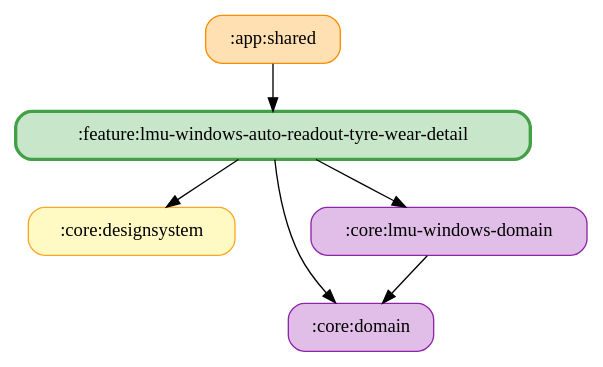
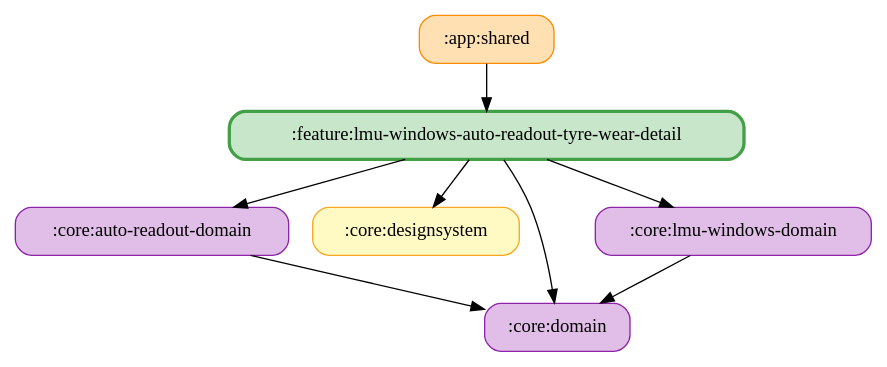
The diagram in docs/graphs/feature-lmu-windows-auto-readout-tyre-wear-detail.gv (ai-kurou/KoDriver), drawn with Graphviz before and after one commit. The commit also changed 48 other files, not shown here.

Commit message:
chore: update module graph images

```diff
--- a/docs/graphs/feature-lmu-windows-auto-readout-tyre-wear-detail.gv
+++ b/docs/graphs/feature-lmu-windows-auto-readout-tyre-wear-detail.gv
@@ -1,14 +1,17 @@
 digraph G {
   rankdir=TB
   node [shape=box, style="rounded,filled"]
   ":app:shared" [fillcolor="#FFE0B2", color="#FB8C00", penwidth=1]
+  ":core:auto-readout-domain" [fillcolor="#E1BEE7", color="#8E24AA", penwidth=1]
   ":core:designsystem" [fillcolor="#FFF9C4", color="#F9A825", penwidth=1]
   ":core:domain" [fillcolor="#E1BEE7", color="#8E24AA", penwidth=1]
   ":core:lmu-windows-domain" [fillcolor="#E1BEE7", color="#8E24AA", penwidth=1]
   ":feature:lmu-windows-auto-readout-tyre-wear-detail" [fillcolor="#C8E6C9", color="#43A047", penwidth=2.5]
   ":app:shared" -> ":feature:lmu-windows-auto-readout-tyre-wear-detail"
+  ":core:auto-readout-domain" -> ":core:domain"
   ":core:lmu-windows-domain" -> ":core:domain"
   ":feature:lmu-windows-auto-readout-tyre-wear-detail" -> ":core:domain"
+  ":feature:lmu-windows-auto-readout-tyre-wear-detail" -> ":core:auto-readout-domain"
   ":feature:lmu-windows-auto-readout-tyre-wear-detail" -> ":core:lmu-windows-domain"
   ":feature:lmu-windows-auto-readout-tyre-wear-detail" -> ":core:designsystem"
 }
```
